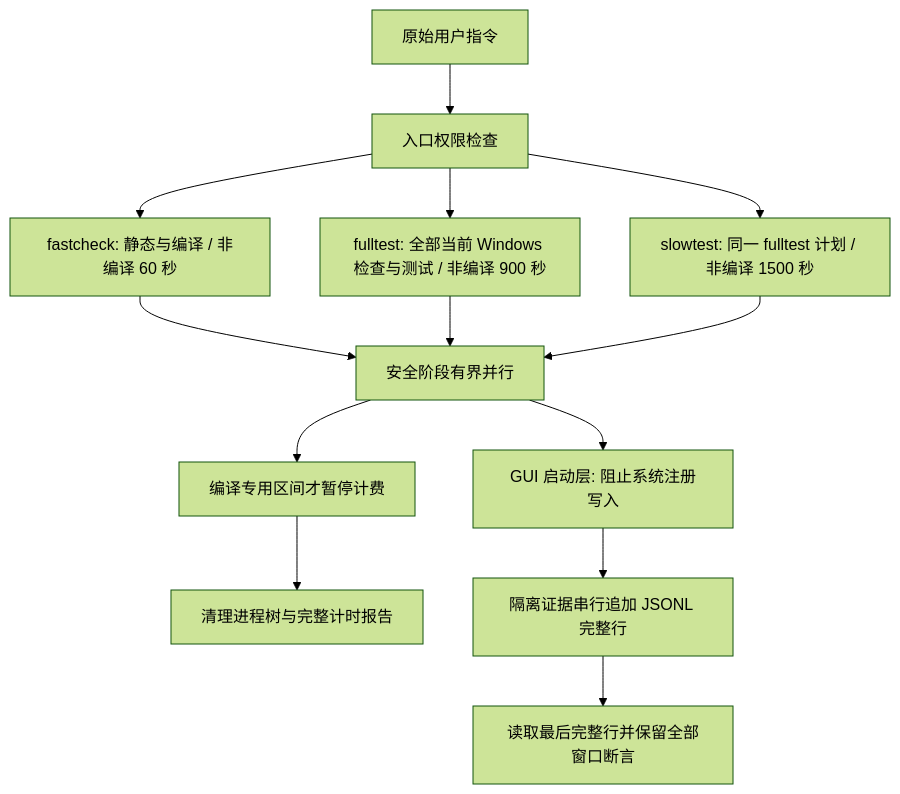
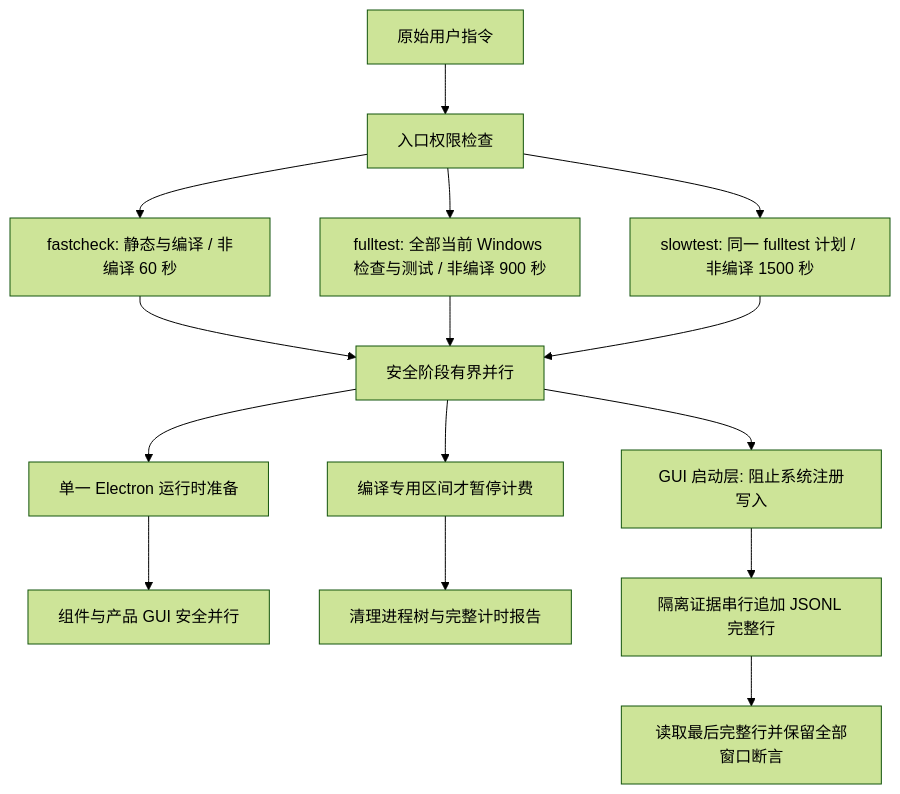
One commit to jchanghong023/OmpCode changed the diagram in docs/requirements/test-gates.md. Above: the diagram before and after it, drawn with Mermaid (forest theme). The commit also changed other lines of this file and 3 other files, not shown here.

````diff
--- a/docs/requirements/test-gates.md
+++ b/docs/requirements/test-gates.md
@@ -19,15 +20,17 @@
 ```mermaid
 flowchart TD
   A[原始用户指令] --> B[入口权限检查]
   B --> C[fastcheck: 静态与编译 / 非编译 60 秒]
   B --> D[fulltest: 全部当前 Windows 检查与测试 / 非编译 900 秒]
   B --> E[slowtest: 同一 fulltest 计划 / 非编译 1500 秒]
   C --> F[安全阶段有界并行]
   D --> F
   E --> F
   F --> H[编译专用区间才暂停计费]
+  F --> L[单一 Electron 运行时准备]
+  L --> M[组件与产品 GUI 安全并行]
   H --> G[清理进程树与完整计时报告]
   F --> I[GUI 启动层: 阻止系统注册写入]
   I --> J[隔离证据串行追加 JSONL 完整行]
   J --> K[读取最后完整行并保留全部窗口断言]
 ```
````
